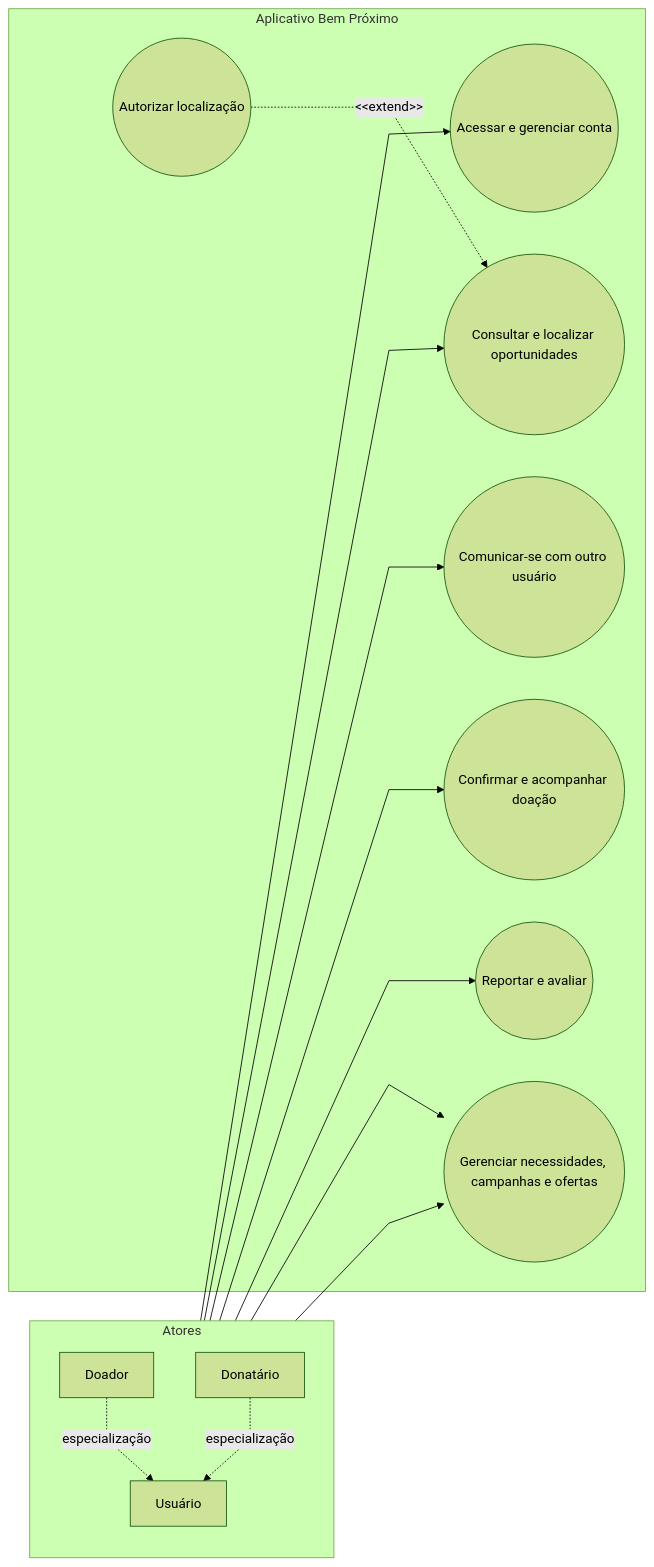
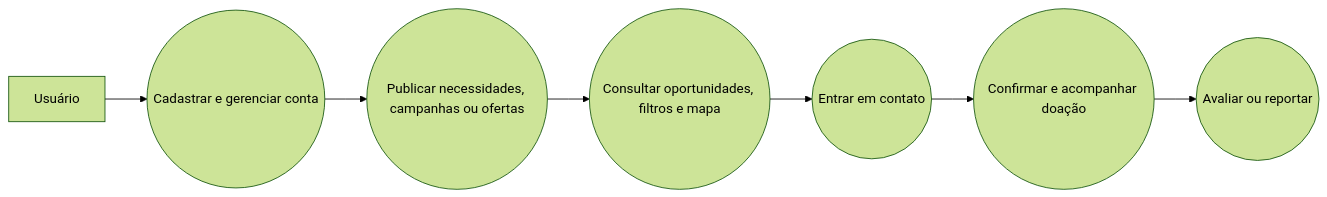
The third of 3 diagrams in docs/02-Especificação do Projeto.md (diergu/MovApplicationProject-Template), drawn with Mermaid (forest theme) before and after one commit. The commit also changed other lines of this file, not shown here.

Commit message:
docs: simplifica os casos de uso
Reduz detalhes para destacar as ações principais.

````diff
--- a/docs/02-Especificação do Projeto.md
+++ b/docs/02-Especificação do Projeto.md
@@ -149,32 +149,10 @@
 ```mermaid
 %%{init: {"flowchart": {"curve": "linear"}} }%%
 flowchart LR
-    subgraph ATORES[Atores]
-        direction TB
-        U[Usuário]
-        D[Doador]
-        N[Donatário]
-    end
-
-    D -.->|especialização| U
-    N -.->|especialização| U
-
-    subgraph APP[Aplicativo Bem Próximo]
-        conta((Acessar e gerenciar conta))
-        publicacoes((Gerenciar necessidades, campanhas e ofertas))
-        consulta((Consultar e localizar oportunidades))
-        comunicacao((Comunicar-se com outro usuário))
-        doacao((Confirmar e acompanhar doação))
-        seguranca((Reportar e avaliar))
-        localizacao((Autorizar localização))
-    end
-
-    U --> conta
-    U --> consulta
-    U --> comunicacao
-    U --> doacao
-    U --> seguranca
-    D --> publicacoes
-    N --> publicacoes
-    localizacao -.->|&lt;&lt;extend&gt;&gt;| consulta
+    usuario[Usuário] --> conta((Cadastrar e gerenciar conta))
+    conta --> publicacoes((Publicar necessidades, campanhas ou ofertas))
+    publicacoes --> consulta((Consultar oportunidades, filtros e mapa))
+    consulta --> comunicacao((Entrar em contato))
+    comunicacao --> doacao((Confirmar e acompanhar doação))
+    doacao --> seguranca((Avaliar ou reportar))
 ```
````
